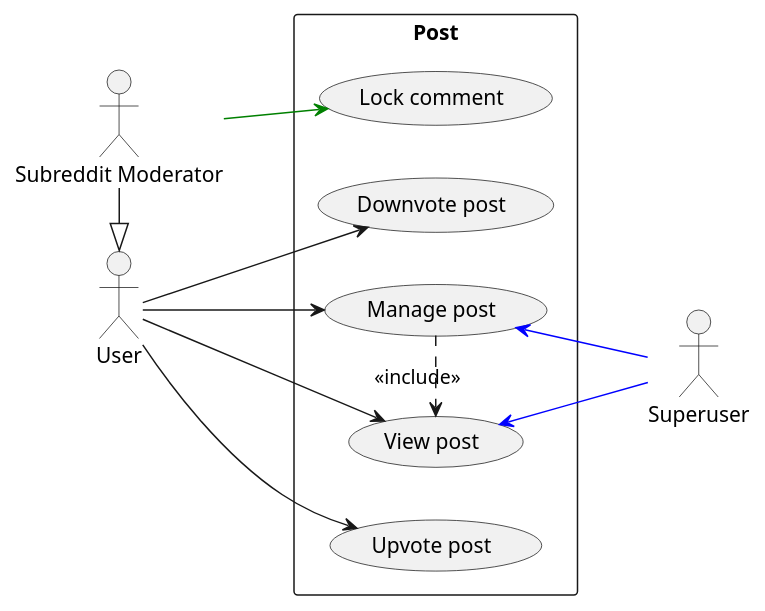
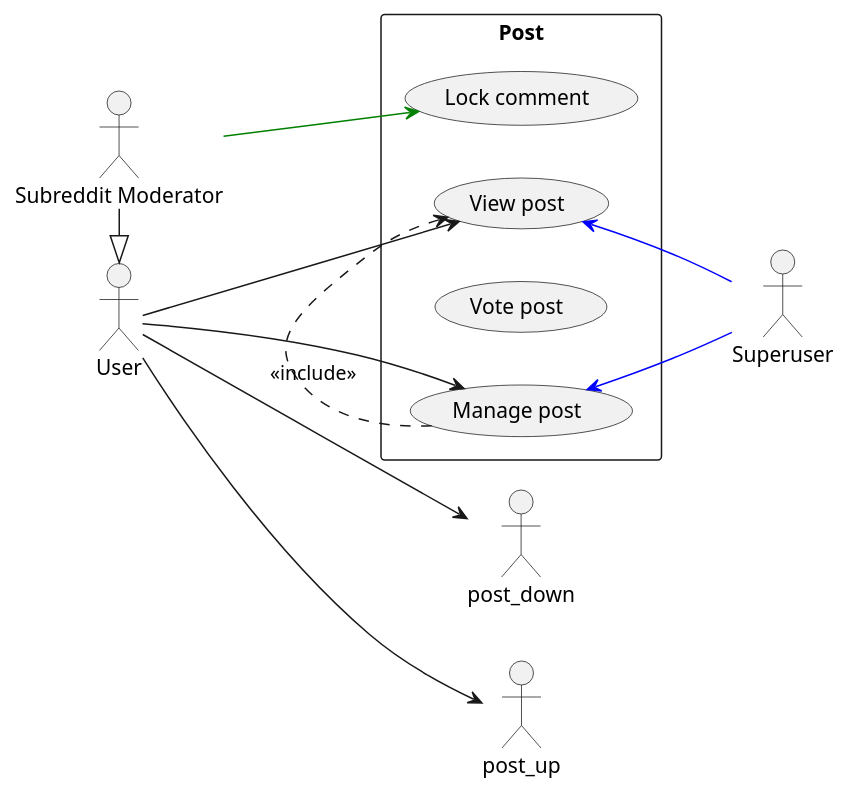
Before and after one commit to Huy-Ngo/reddit-design: the diagram in use_case_post.puml, drawn with PlantUML. The commit also changed 2 other files, not shown here.

Commit message:
Add lock comment use case and merge vote use cases

```diff
--- a/use_case_post.puml
+++ b/use_case_post.puml
@@ -1,31 +1,30 @@
 @startuml
 skinparam packageStyle rectangle
 left to right direction
 actor "User" as user
 actor "Subreddit Moderator" as mod
 actor "Superuser" as su
 mod -|> user
 
 rectangle Post as post {
   usecase "Manage post" as post_manage
   usecase "View post" as post_read
 
-  usecase "Upvote post" as post_up
-  usecase "Downvote post" as post_down
+  usecase "Vote post" as post_vote
   usecase "Lock comment" as post_lock
 }
 
 user --> post_manage
 user --> post_read
 
 user --> post_up
 user --> post_down
 
 mod -[#green]-> post_lock
 
 post_read   <-[#blue]- su
 post_manage <-[#blue]- su
 
 post_manage .> post_read : <<include>>
 
 @enduml
```
